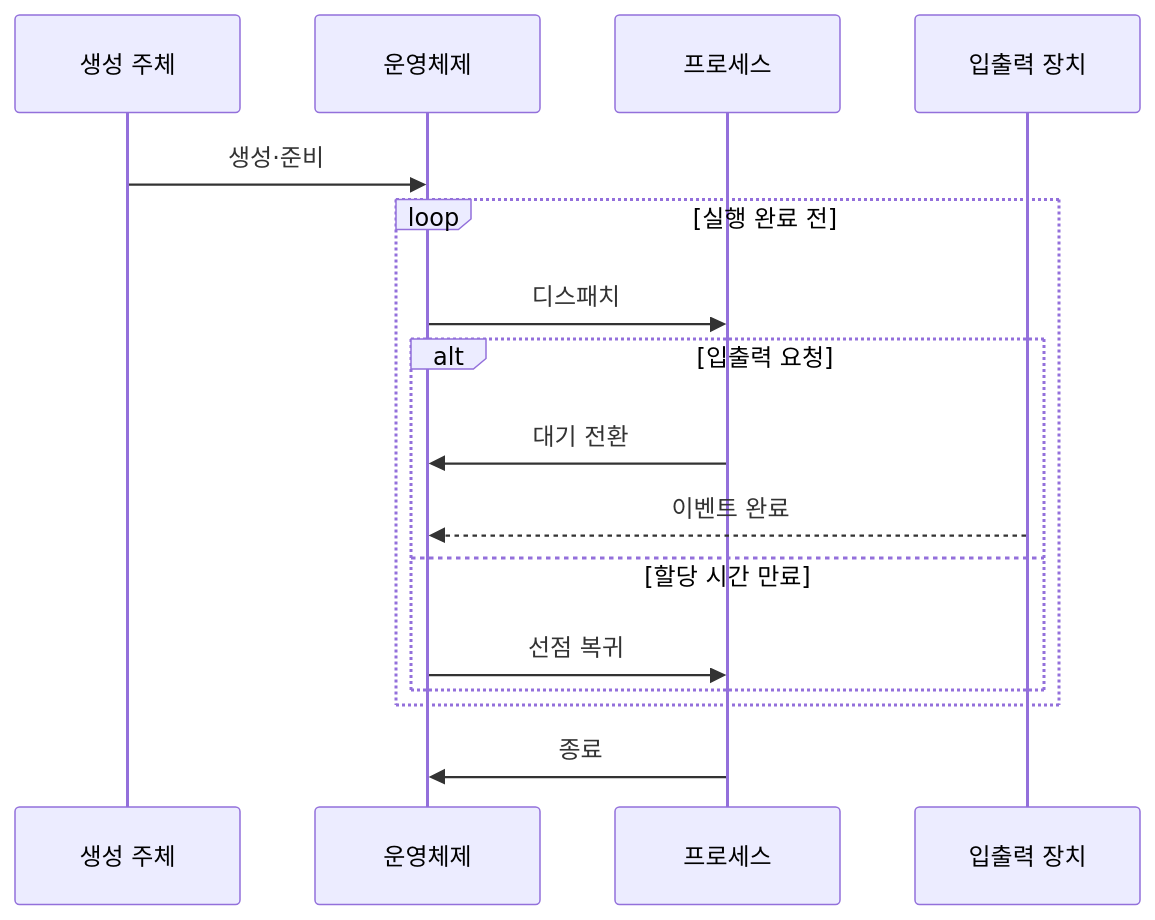
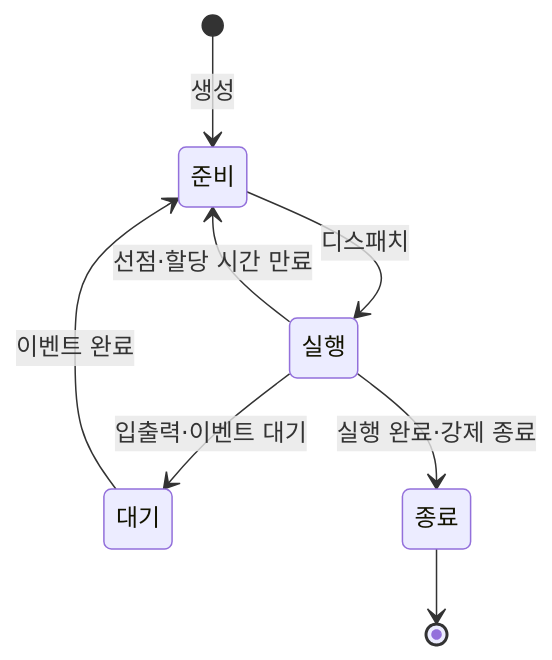
One commit to agnusdei1207/knowledge-base changed the diagram in src/content/docs/notes/03-software/003_process_lifecycle.md. Above: the diagram before and after it, drawn with Mermaid. The commit also changed other lines of this file and 13 other files, not shown here.

````diff
--- a/src/content/docs/notes/03-software/003_process_lifecycle.md
+++ b/src/content/docs/notes/03-software/003_process_lifecycle.md
@@ -76,18 +76,10 @@
 ```mermaid
-sequenceDiagram
-    participant C as 생성 주체
-    participant O as 운영체제
-    participant P as 프로세스
-    participant D as 입출력 장치
-    C->>O: 생성·준비
-    loop 실행 완료 전
-        O->>P: 디스패치
-        alt 입출력 요청
-            P->>O: 대기 전환
-            D-->>O: 이벤트 완료
-        else 할당 시간 만료
-            O->>P: 선점 복귀
-        end
-    end
-    P->>O: 종료
+stateDiagram-v2
+    [*] --> 준비: 생성
+    준비 --> 실행: 디스패치
+    실행 --> 준비: 선점·할당 시간 만료
+    실행 --> 대기: 입출력·이벤트 대기
+    대기 --> 준비: 이벤트 완료
+    실행 --> 종료: 실행 완료·강제 종료
+    종료 --> [*]
 ```
````
